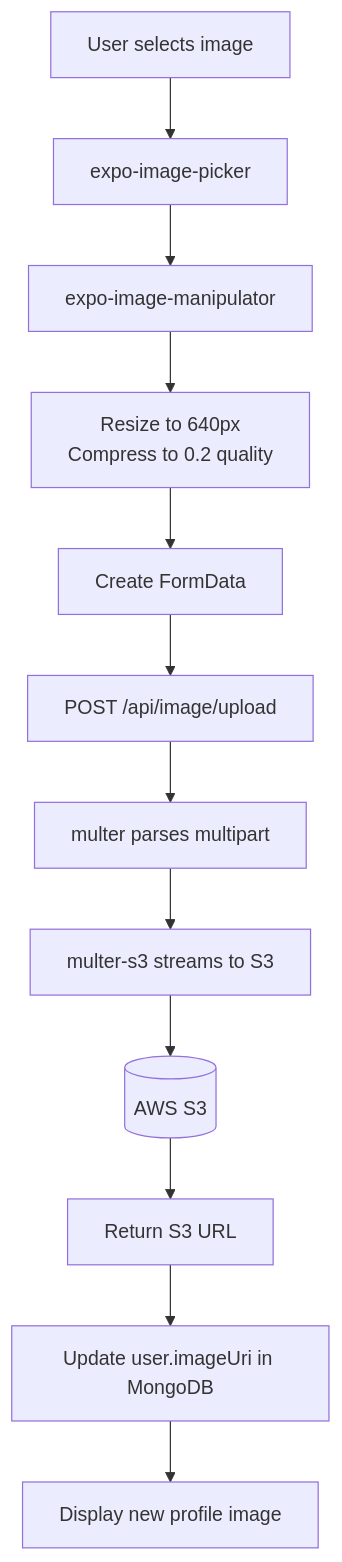
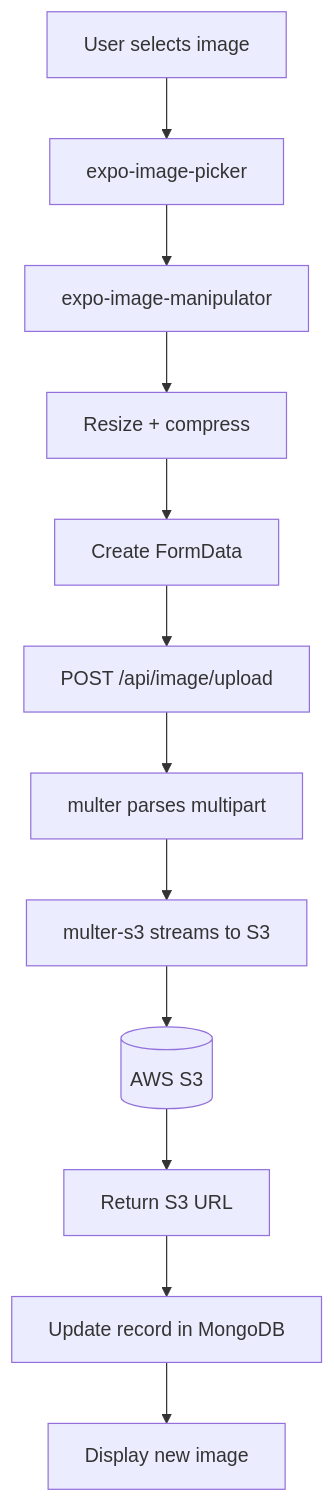
One commit to wbaxterh/TrickBookDocs changed the third of 5 diagrams in docs/architecture/data-flow.md. Above: the diagram before and after it, drawn with Mermaid. The commit also changed other lines of this file and 19 other files, not shown here.

````diff
--- a/docs/architecture/data-flow.md
+++ b/docs/architecture/data-flow.md
@@ -148,14 +188,14 @@
 ```mermaid
 flowchart TD
     A[User selects image] --> B[expo-image-picker]
     B --> C[expo-image-manipulator]
-    C --> D["Resize to 640px<br/>Compress to 0.2 quality"]
+    C --> D["Resize + compress"]
     D --> E[Create FormData]
     E --> F["POST /api/image/upload"]
     F --> G[multer parses multipart]
     G --> H[multer-s3 streams to S3]
     H --> I[(AWS S3)]
     I --> J[Return S3 URL]
-    J --> K[Update user.imageUri in MongoDB]
-    K --> L[Display new profile image]
+    J --> K[Update record in MongoDB]
+    K --> L[Display new image]
 ```
````
